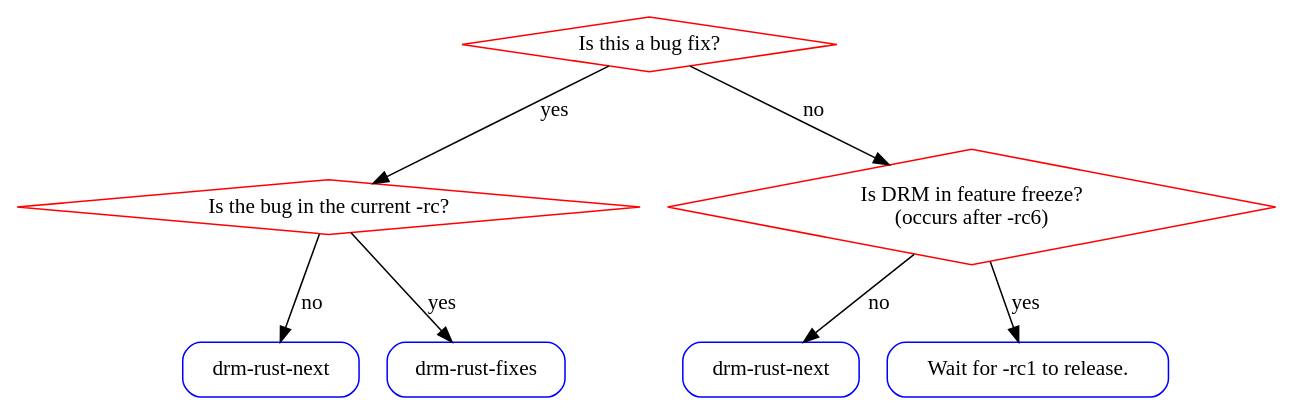
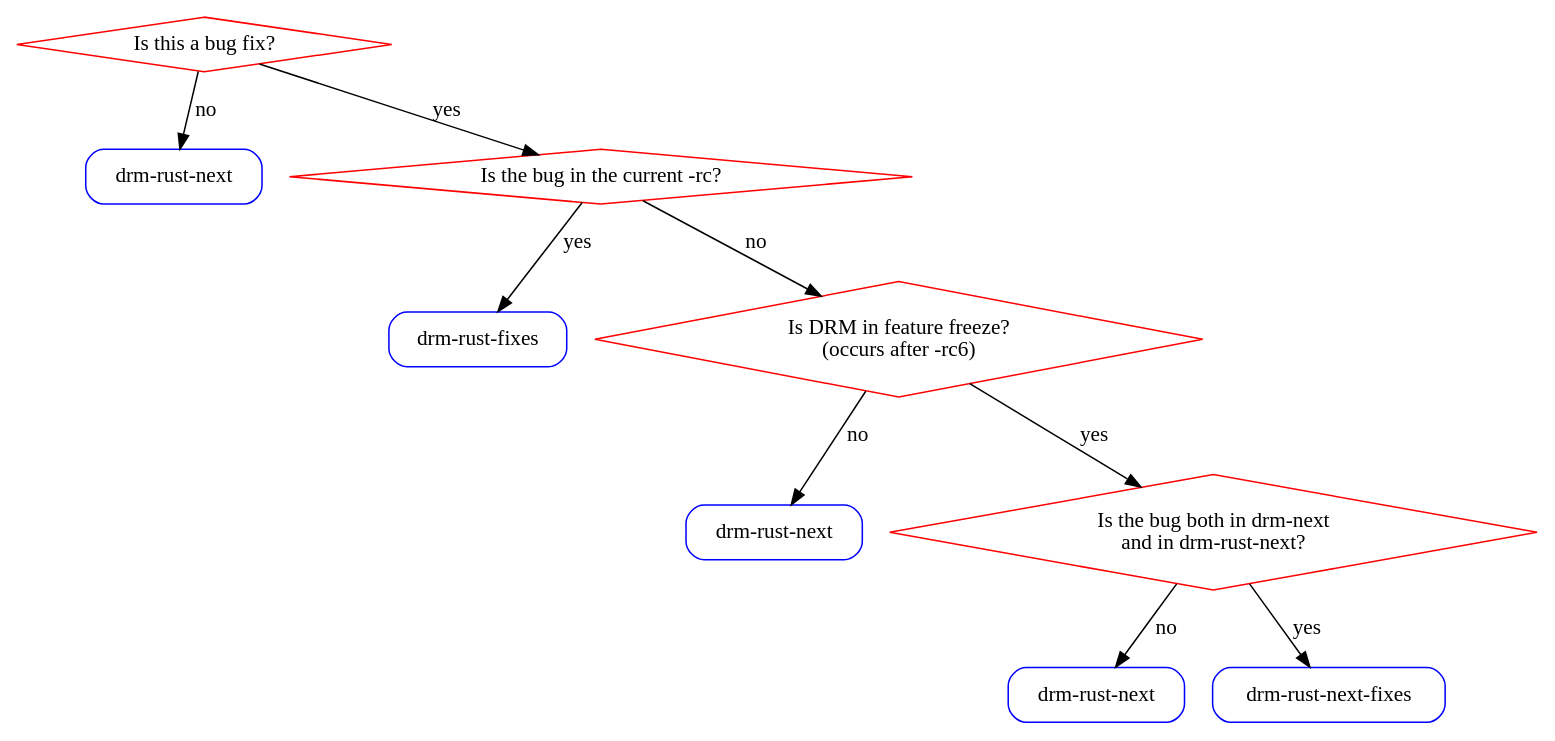
The diagram in committer/drm-rust-commit-flow.dot (intel-lgci-fdo-gitlab-mirror/drm.maintainer-tools), drawn with Graphviz before and after one commit. The commit also changed 2 other files, not shown here.

Commit message:
doc: add drm-rust-next-fixes branch
In order to keep drm-rust-next open for new features at all times, switch
to the same three-branch model used by drm-misc and other DRM trees,
introducing a drm-rust-next-fixes branch.

Update the repository description, merge timeline and commit flow chart
accordingly.

```diff
--- a/committer/drm-rust-commit-flow.dot
+++ b/committer/drm-rust-commit-flow.dot
@@ -1,21 +1,28 @@
 digraph {
 	next_0[shape=box, style=rounded, color=blue, label="drm-rust-next"];
-	wait[shape=box, style=rounded, color=blue,
-	     label="Wait for -rc1 to release."];
 	next_1[shape=box, style=rounded, color=blue, label="drm-rust-next"];
+	next_2[shape=box, style=rounded, color=blue, label="drm-rust-next"];
 	fixes_0[shape=box, style=rounded, color=blue, label="drm-rust-fixes"];
+	next_fixes_0[shape=box, style=rounded, color=blue,
+		     label="drm-rust-next-fixes"];
 
 	is_fix[shape=diamond, color=red, label="Is this a bug fix?"];
 	in_origin[shape=diamond, color=red,
 		  label="Is the bug in the current -rc?"];
 	is_late[shape=diamond, color=red,
 		label="Is DRM in feature freeze?\n(occurs after -rc6)"];
-	is_fix -> is_late[label="no"];
+	is_next[shape=diamond, color=red,
+		label="Is the bug both in drm-next\nand in drm-rust-next?"];
+
+	is_fix -> next_0[label="no"];
 	is_fix -> in_origin[label="yes"];
 
-	is_late -> next_0[label="no"]
-	is_late -> wait[label="yes"]
+	in_origin -> fixes_0[label="yes"]
+	in_origin -> is_late[label="no"];
 
-	in_origin -> next_1[label="no"];
-	in_origin -> fixes_0[label="yes"]
+	is_late -> next_1[label="no"]
+	is_late -> is_next[label="yes"]
+
+	is_next -> next_2[label="no"]
+	is_next -> next_fixes_0[label="yes"]
 }
```
